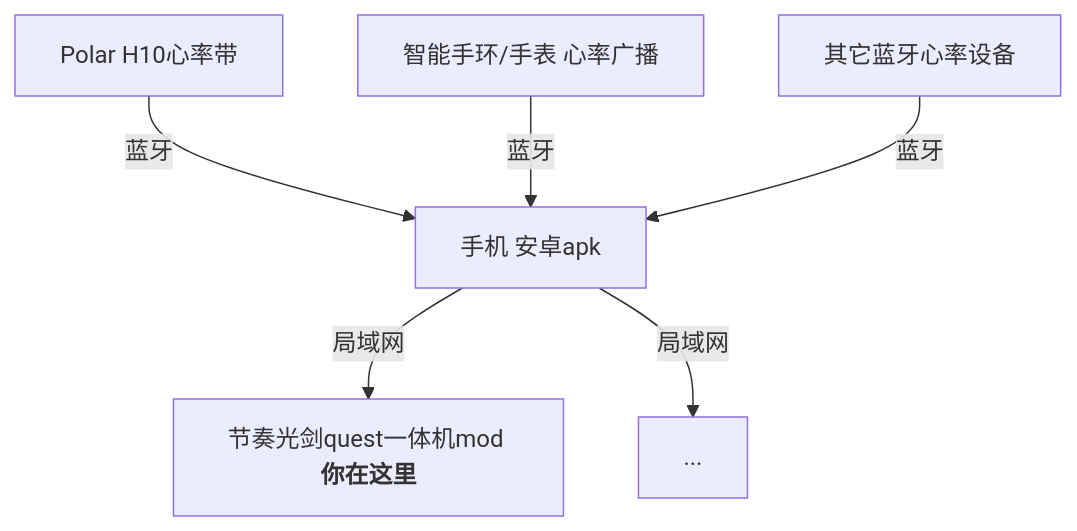
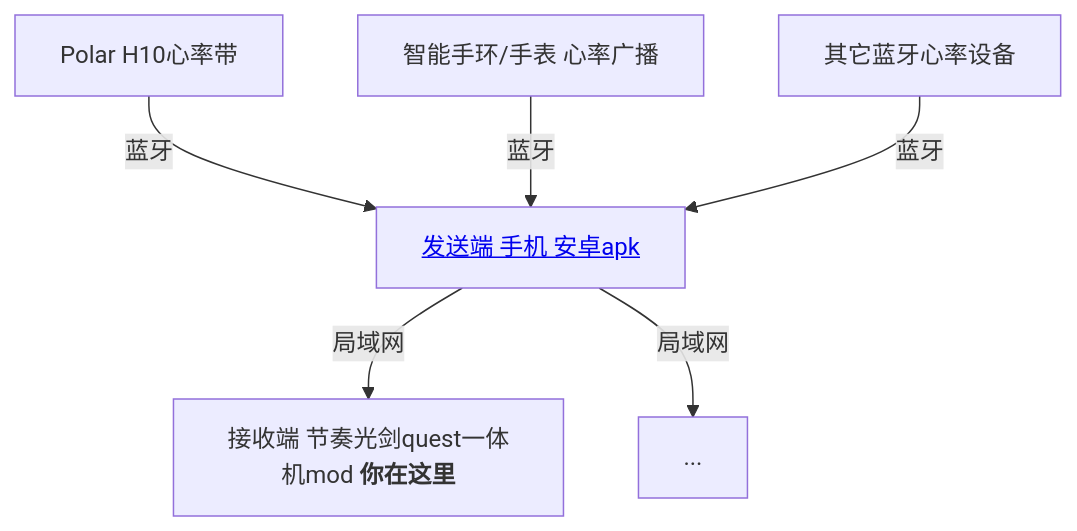
Before and after one commit to frto027/HeartBeatLanClientBSQuest: the diagram in README.cn.md, drawn with Mermaid. The commit also changed other lines of this file and 1 other file, not shown here.

````diff
--- a/README.cn.md
+++ b/README.cn.md
@@ -9,14 +9,14 @@
 ```mermaid
 graph TD;
     POLAR_H10[Polar H10心率带]
     SMART_WATCH[智能手环/手表 心率广播]
     BLE_DEV[其它蓝牙心率设备]
-    PHONE[手机 安卓apk]
-    BEATSABER[节奏光剑quest一体机mod <b>你在这里</b> ]
+    PHONE[<a href="https://github.com/frto027/HeartbeatLanServer">发送端 手机 安卓apk</a>]
+    BEATSABER[接收端 节奏光剑quest一体机mod <b>你在这里</b> ]
 
     POLAR_H10--蓝牙-->PHONE;
     SMART_WATCH--蓝牙-->PHONE;
     BLE_DEV--蓝牙-->PHONE;
     PHONE--局域网-->BEATSABER;
     PHONE--局域网-->...;
 ```
````
